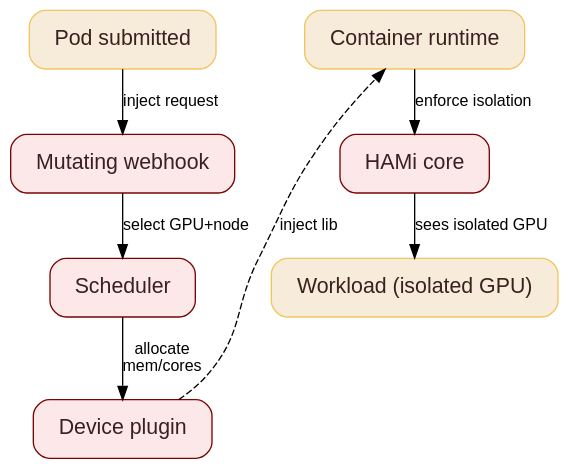
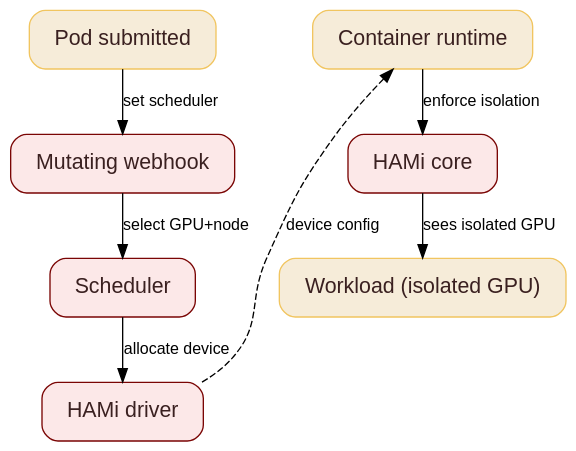
One commit to fishman/talks changed the diagram in kcd_vietnam.md. Above: the diagram before and after it, drawn with Graphviz. The commit also changed other lines of this file and 1 other file, not shown here.

````diff
--- a/kcd_vietnam.md
+++ b/kcd_vietnam.md
@@ -224,30 +225,30 @@
 ```dot
 digraph G {
   rankdir=TB
   bgcolor=transparent
   node [shape=box style="rounded,filled" fontname="Arial" fontsize=16 margin="0.25,0.18"]
   edge [fontname="Arial" fontsize=12]
 
   pod [label="Pod submitted" fillcolor="#F6ECD9" color="#F1C560" fontcolor="#3a2020"]
   webhook [label="Mutating webhook" fillcolor="#fce8e8" color="#7A0504" fontcolor="#3a2020"]
   sched [label="Scheduler" fillcolor="#fce8e8" color="#7A0504" fontcolor="#3a2020"]
-  device [label="Device plugin" fillcolor="#fce8e8" color="#7A0504" fontcolor="#3a2020"]
+  device [label="HAMi driver" fillcolor="#fce8e8" color="#7A0504" fontcolor="#3a2020"]
 
   runtime [label="Container runtime" fillcolor="#F6ECD9" color="#F1C560" fontcolor="#3a2020"]
   core [label="HAMi core" fillcolor="#fce8e8" color="#7A0504" fontcolor="#3a2020"]
   workload [label="Workload (isolated GPU)" fillcolor="#F6ECD9" color="#F1C560" fontcolor="#3a2020"]
 
   { rank=same; pod; runtime }
   { rank=same; webhook; core }
   { rank=same; sched; workload }
 
-  pod -> webhook [label="inject request"]
+  pod -> webhook [label="set scheduler"]
   webhook -> sched [label="select GPU+node"]
-  sched -> device [label="allocate\nmem/cores"]
+  sched -> device [label="allocate device"]
 
-  device -> runtime [label="inject lib" constraint=false style=dashed]
+  device -> runtime [label="device config" constraint=false style=dashed exitX=1 exitY=0.5 entryX=0 entryY=0.5]
 
   runtime -> core [label="enforce isolation"]
   core -> workload [label="sees isolated GPU"]
 }
 ```
````
